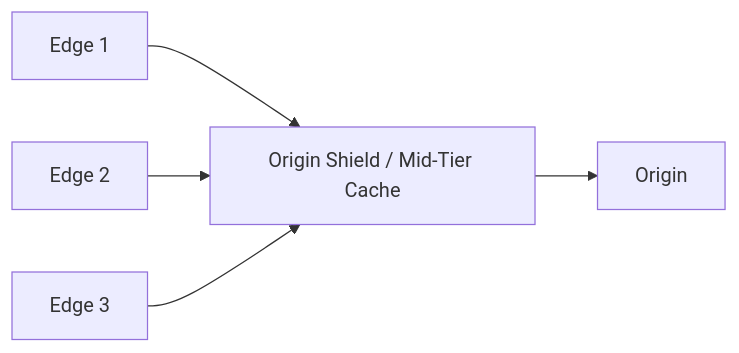
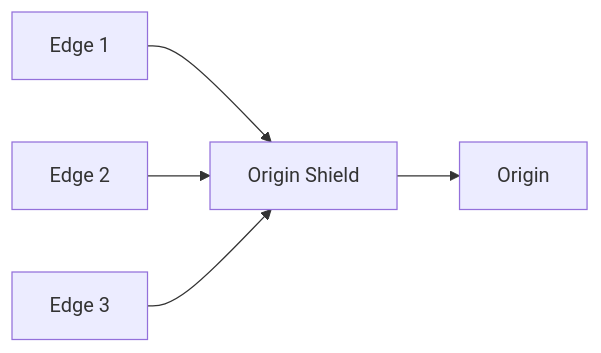
Before and after one commit to AvadhBhalodiya/Interview-Preparation: the fourth of 12 diagrams in src/content/system-design/caching-layers-stampede.md, drawn with Mermaid. The commit also changed other lines of this file and 54 other files, not shown here.

````diff
--- a/src/content/system-design/caching-layers-stampede.md
+++ b/src/content/system-design/caching-layers-stampede.md
@@ -168,7 +190,7 @@
 ```mermaid
 flowchart LR
-    E1[Edge 1] --> OS[Origin Shield / Mid-Tier Cache]
-    E2[Edge 2] --> OS
-    E3[Edge 3] --> OS
-    OS --> O[Origin]
+    E1[Edge 1] --> S[Origin Shield]
+    E2[Edge 2] --> S
+    E3[Edge 3] --> S
+    S --> O[Origin]
 ```
````
